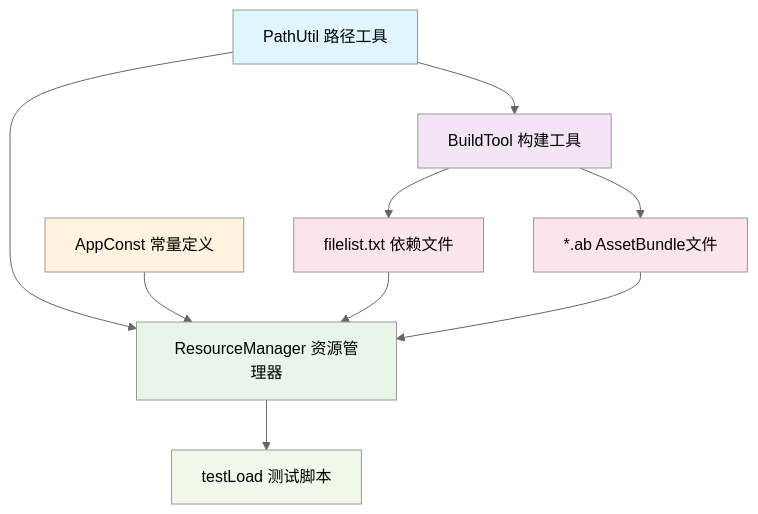
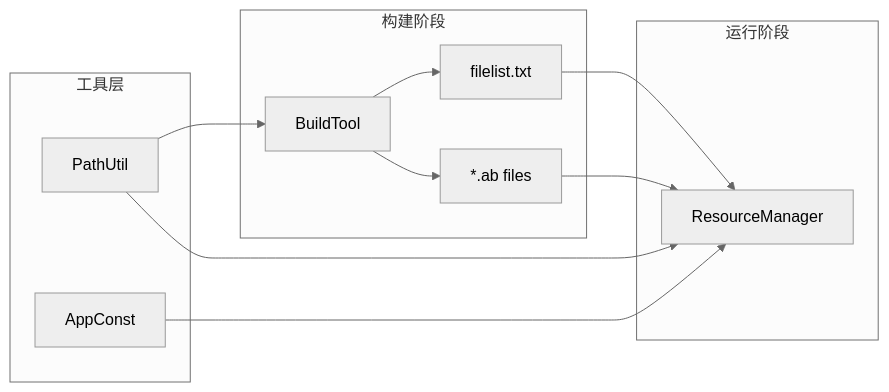
One commit to XuanHua-bot/XLuaFrameWorkRe changed the third of 5 diagrams in AssetBundle架构设计文档.md. Above: the diagram before and after it, drawn with Mermaid (neutral theme). The commit also changed other lines of this file and 71 other files, not shown here.

````diff
--- a/AssetBundle架构设计文档.md
+++ b/AssetBundle架构设计文档.md
@@ -32,19 +337,25 @@
 ```mermaid
-graph TB
-    A[PathUtil 路径工具] --> B[BuildTool 构建工具]
-    A --> C[ResourceManager 资源管理器]
-    D[AppConst 常量定义] --> C
-    B --> E[filelist.txt 依赖文件]
-    B --> F[*.ab AssetBundle文件]
+graph LR
+    A[PathUtil] --> B[BuildTool]
+    A --> C[ResourceManager]
+    D[AppConst] --> C
+    B --> E[filelist.txt]
+    B --> F[*.ab files]
     E --> C
     F --> C
-    C --> G[testLoad 测试脚本]
     
-    style A fill:#e1f5fe
-    style B fill:#f3e5f5
-    style C fill:#e8f5e8
-    style D fill:#fff3e0
-    style E fill:#fce4ec
-    style F fill:#fce4ec
-    style G fill:#f1f8e9
+    subgraph "构建阶段"
+        B
+        E
+        F
+    end
+    
+    subgraph "运行阶段"
+        C
+    end
+    
+    subgraph "工具层"
+        A
+        D
+    end
 ```
````
